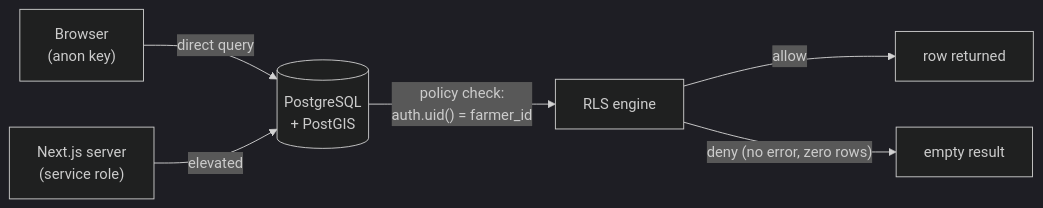
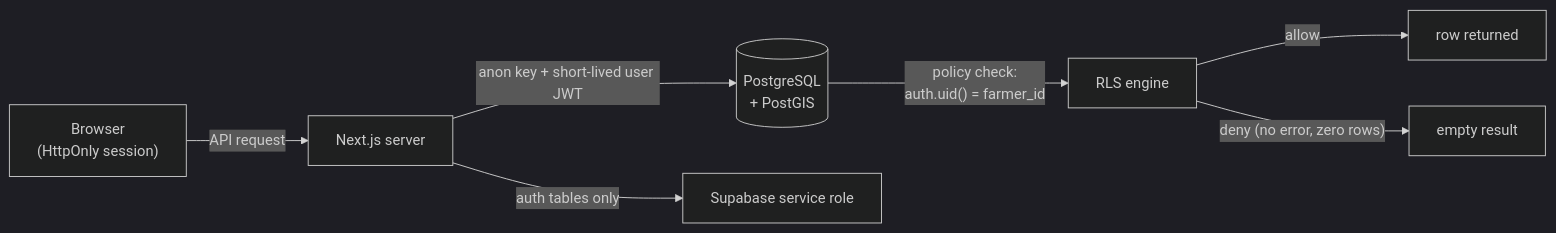
One commit to vip-ultr/dalashift changed the diagram in docs/database/rls-policies.md. Above: the diagram before and after it, drawn with Mermaid (dark theme). The commit also changed other lines of this file and 40 other files, not shown here.

Commit message:
feat(auth): replace Supabase Auth with first-party sessions

````diff
--- a/docs/database/rls-policies.md
+++ b/docs/database/rls-policies.md
@@ -27,8 +28,9 @@
 ```mermaid
 flowchart LR
-    B["Browser<br/>(anon key)"] -->|"direct query"| PG[("PostgreSQL<br/>+ PostGIS")]
-    S["Next.js server<br/>(service role)"] -->|"elevated"| PG
+    B["Browser<br/>(HttpOnly session)"] -->|"API request"| S["Next.js server"]
+    S -->|"anon key + short-lived user JWT"| PG[("PostgreSQL<br/>+ PostGIS")]
+    S -->|"auth tables only"| A["Supabase service role"]
     PG -->|"policy check:<br/>auth.uid() = farmer_id"| RLS["RLS engine"]
     RLS -->|allow| ROW["row returned"]
     RLS -->|"deny (no error, zero rows)"| EMPTY["empty result"]
 ```
````
